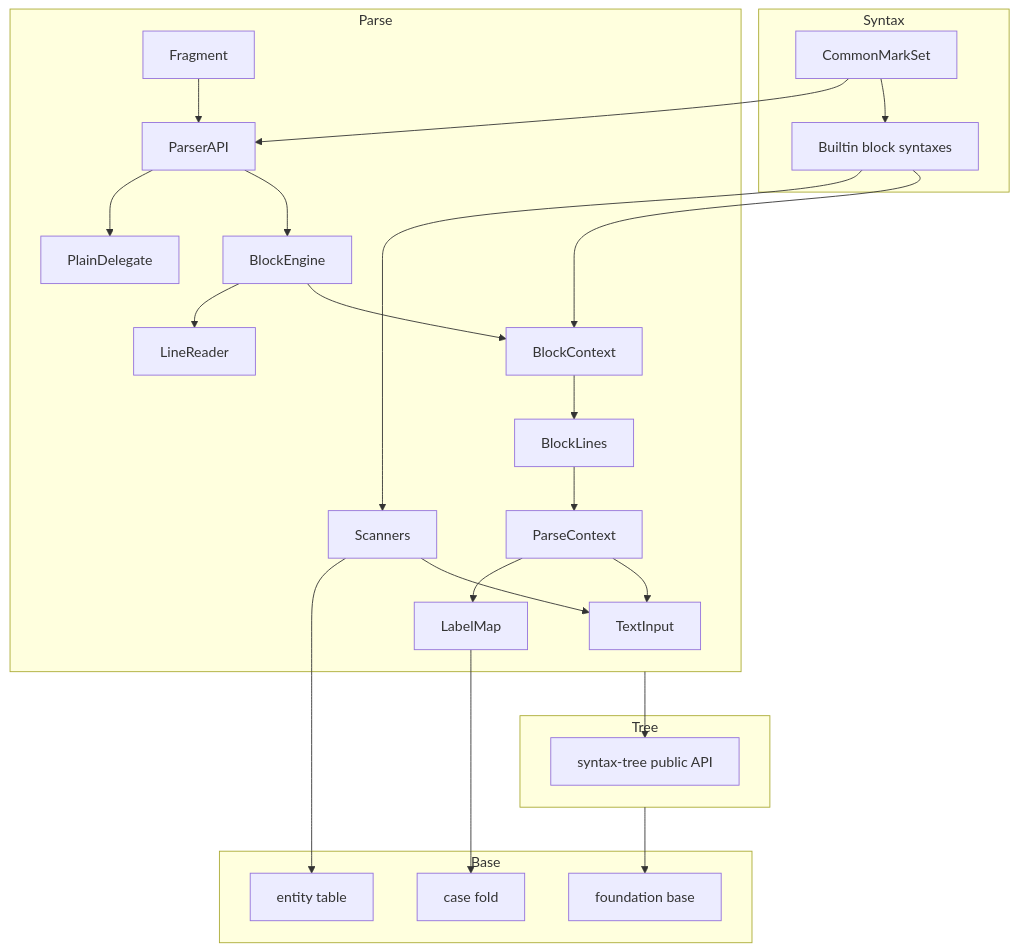
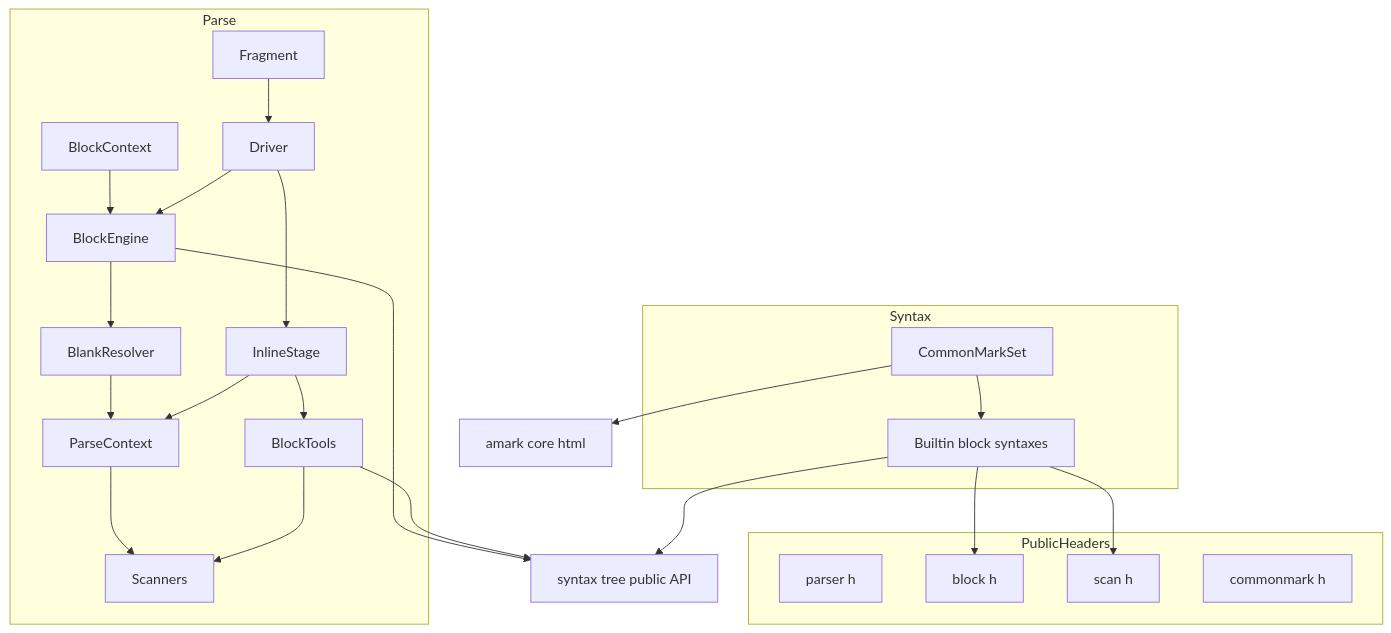
One commit to ktdevx/amark-private2 changed the first of 5 diagrams in .kiro/specs/block-parser/design.md. Above: the diagram before and after it, drawn with Mermaid. The commit also changed other lines of this file and 6 other files, not shown here.

First line of the commit message:
docs(block-parser): 新しい構文木のモデルで spec を作り直す

````diff
--- a/.kiro/specs/block-parser/design.md
+++ b/.kiro/specs/block-parser/design.md
@@ -91,46 +68,43 @@
 ```mermaid
 graph TB
-    subgraph Base
-        RT[foundation base]
-        CaseFold[case fold]
-        Entity[entity table]
-    end
-    subgraph Tree
-        ST[syntax-tree public API]
+    subgraph PublicHeaders
+        ParserH[parser h]
+        BlockH[block h]
+        ScanH[scan h]
+        CommonMarkH[commonmark h]
     end
     subgraph Parse
-        TextInput[TextInput]
-        Label[LabelMap]
-        Scan[Scanners]
-        ParseCtx[ParseContext]
-        Reader[LineReader]
-        Lines[BlockLines]
+        Scanners[Scanners]
+        Context[ParseContext]
+        Blank[BlankResolver]
+        Engine[BlockEngine]
         BlockCtx[BlockContext]
-        Engine[BlockEngine]
-        Plain[PlainDelegate]
-        Parser[ParserAPI]
+        Tools[BlockTools]
+        InlineStage[InlineStage]
+        Driver[Driver]
         Fragment[Fragment]
     end
     subgraph Syntax
-        Constructs[Builtin block syntaxes]
-        CMSet[CommonMarkSet]
+        CmSet[CommonMarkSet]
+        Builtins[Builtin block syntaxes]
     end
-    Label --> CaseFold
-    Scan --> TextInput
-    Scan --> Entity
-    ParseCtx --> TextInput
-    ParseCtx --> Label
-    Lines --> ParseCtx
-    BlockCtx --> Lines
-    Engine --> BlockCtx
-    Engine --> Reader
-    Parser --> Engine
-    Parser --> Plain
-    Fragment --> Parser
-    Parse --> ST
-    Tree --> RT
-    Constructs --> BlockCtx
-    Constructs --> Scan
-    CMSet --> Constructs
-    CMSet --> Parser
+    Tree[syntax tree public API]
+    HtmlCore[amark core html]
+    Context --> Scanners
+    Blank --> Context
+    Engine --> Blank
+    BlockCtx --> Engine
+    Tools --> Scanners
+    InlineStage --> Context
+    InlineStage --> Tools
+    Driver --> Engine
+    Driver --> InlineStage
+    Fragment --> Driver
+    Builtins --> BlockH
+    Builtins --> ScanH
+    CmSet --> Builtins
+    CmSet --> HtmlCore
+    Engine --> Tree
+    Tools --> Tree
+    Builtins --> Tree
 ```
````
